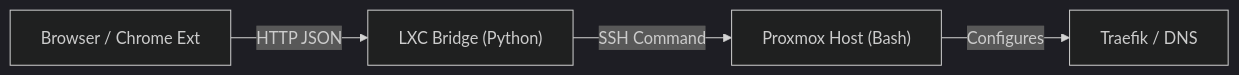
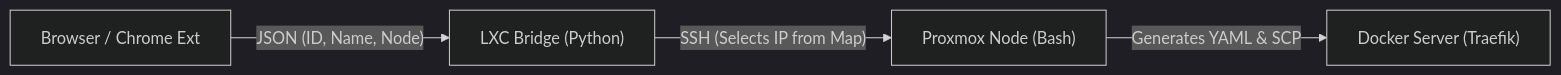
Before and after one commit to gilberth/gytech-proxmox-traefik-bridge: the diagram in README.md, drawn with Mermaid (dark theme). The commit also changed other lines of this file, not shown here.

````diff
--- a/README.md
+++ b/README.md
@@ -17,6 +18,7 @@
 ```mermaid
 graph LR
-    A["Browser / Chrome Ext"] -- "HTTP JSON" --> B["LXC Bridge (Python)"]
-    B -- "SSH Command" --> C["Proxmox Host (Bash)"]
-    C -- "Configures" --> D["Traefik / DNS"]
+    A["Browser / Chrome Ext"] -- "JSON (ID, Name, Node)" --> B["LXC Bridge (Python)"]
+    B -- "SSH (Selects IP from Map)" --> C["Proxmox Node (Bash)"]
+    C -- "Generates YAML & SCP" --> D["Docker Server (Traefik)"]
+
 ```
````
